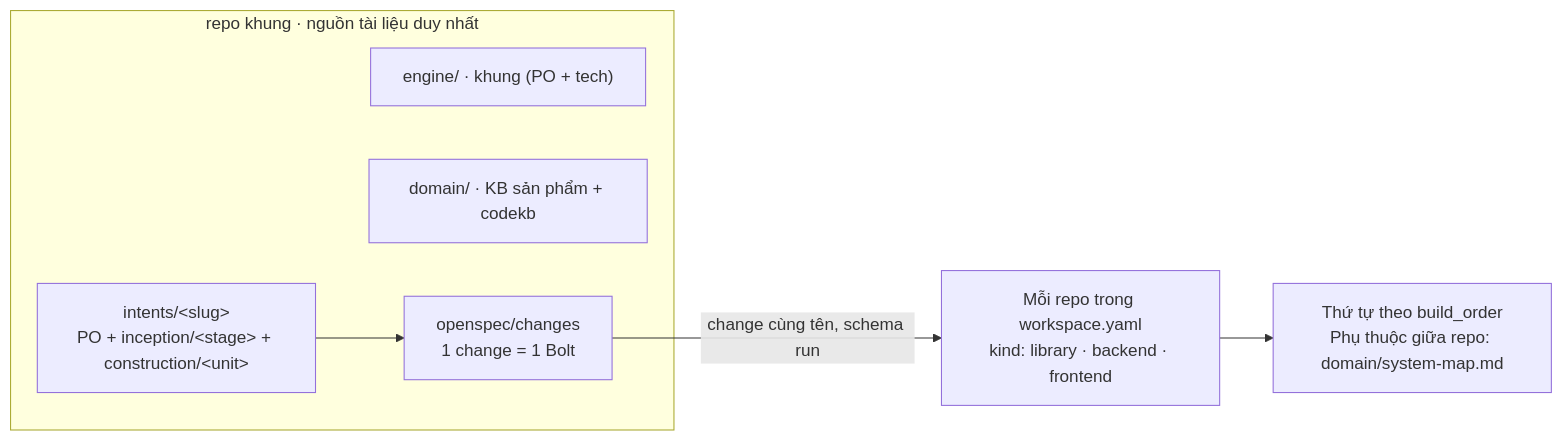
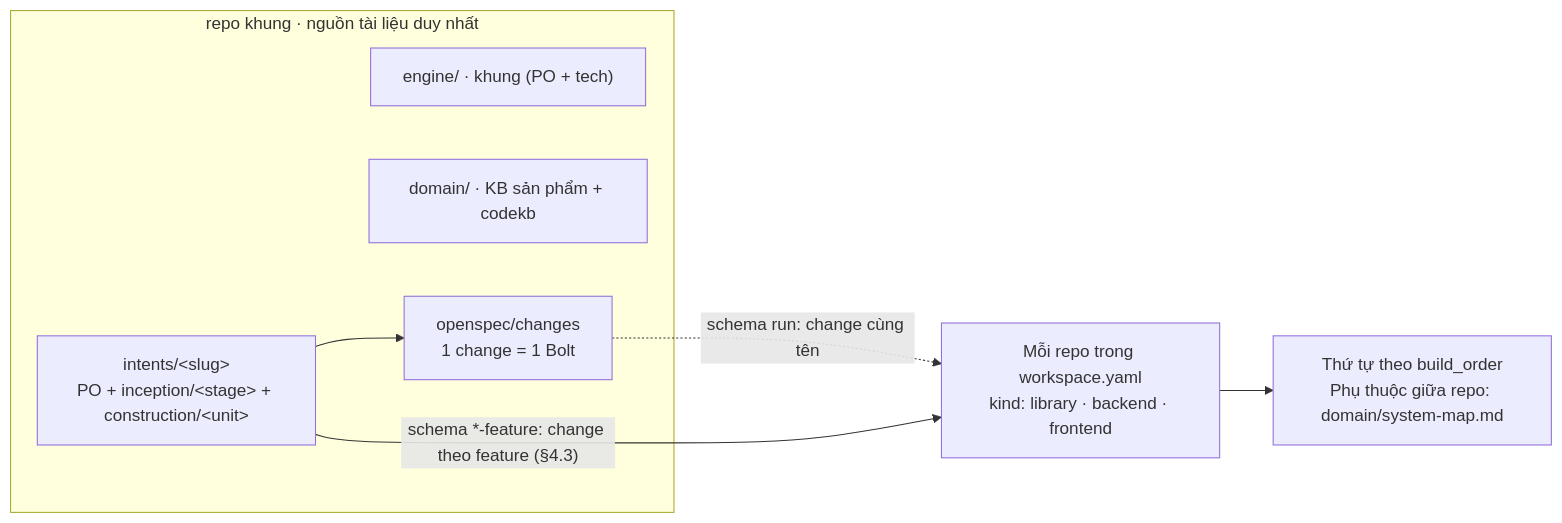
One commit to sonhero981/upbase-specs-test changed the second of 2 diagrams in engine/tech/knowledge/workflow.md. Above: the diagram before and after it, drawn with Mermaid. The commit also changed other lines of this file and 14 other files, not shown here.

First line of the commit message:
tech-plugin-v2: /bolt hai luồng theo repo (Comet), handoff.md, be-pending-fe, cập nhật kế hoạch FE group

````diff
--- a/engine/tech/knowledge/workflow.md
+++ b/engine/tech/knowledge/workflow.md
@@ -118,12 +228,13 @@
 ```mermaid
 flowchart LR
     subgraph SPEC["repo khung · nguồn tài liệu duy nhất"]
         E["engine/ · khung (PO + tech)"]
         DM["domain/ · KB sản phẩm + codekb"]
         I["intents/&lt;slug&gt;<br/>PO + inception/&lt;stage&gt; + construction/&lt;unit&gt;"]
         S["openspec/changes<br/>1 change = 1 Bolt"]
         I --> S
     end
-    S -->|change cùng tên, schema run| R["Mỗi repo trong workspace.yaml<br/>kind: library · backend · frontend"]
+    S -.->|schema run: change cùng tên| R["Mỗi repo trong workspace.yaml<br/>kind: library · backend · frontend"]
+    I -->|"schema *-feature: change theo feature (§4.3)"| R
     R --> C["Thứ tự theo build_order<br/>Phụ thuộc giữa repo: domain/system-map.md"]
 ```
````
